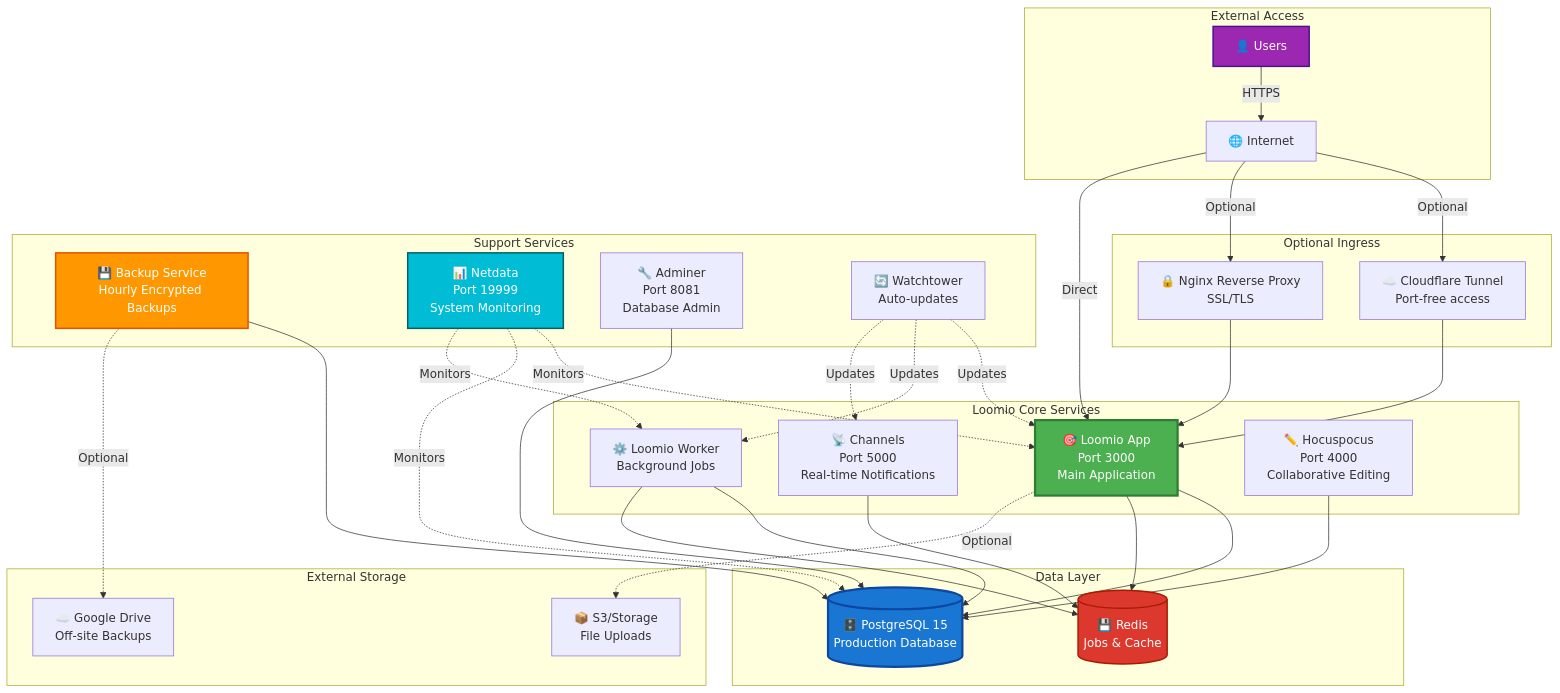
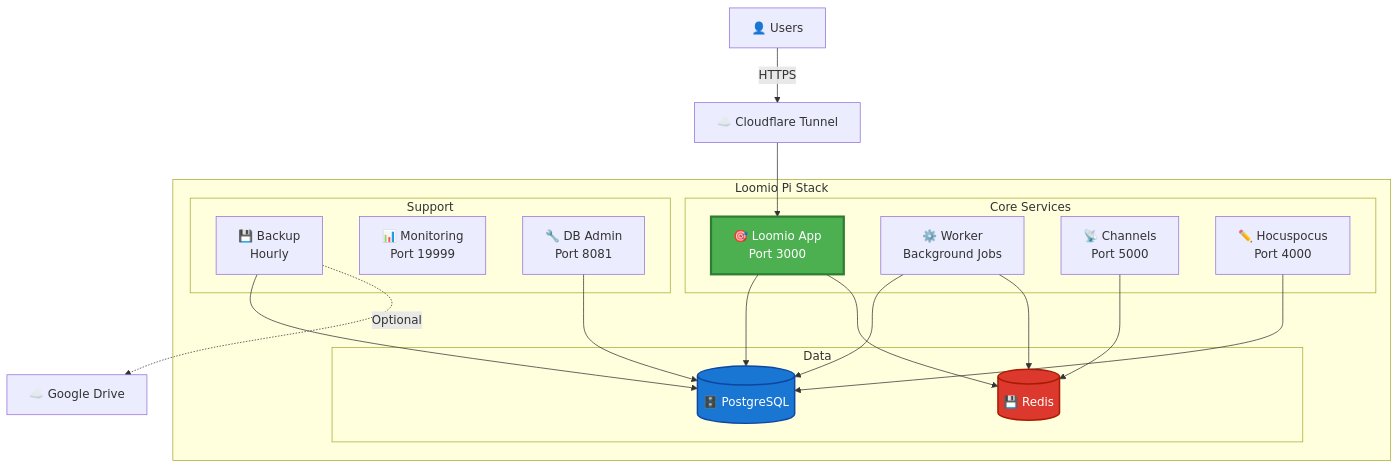
Before and after one commit to etiennechabert/loomio-pi-stack: the diagram in README.md, drawn with Mermaid. The commit also changed other lines of this file, not shown here.

Commit message:
Simplify architecture diagram to essentials
- Focus on actual deployed services only
- Cloudflare Tunnel as single ingress point
- Clean 3-section layout (Core, Data, Support)
- Remove speculative components (Nginx, S3, etc.)
- Keep only what's in docker-compose.yml

````diff
--- a/README.md
+++ b/README.md
@@ -89,72 +89,41 @@
 ```mermaid
 graph TB
-    subgraph "External Access"
-        User[👤 Users]
-        Internet[🌐 Internet]
+    Users[👤 Users] -->|HTTPS| CF[☁️ Cloudflare Tunnel]
+    CF --> App
+
+    subgraph "Loomio Pi Stack"
+        subgraph "Core Services"
+            App[🎯 Loomio App<br/>Port 3000]
+            Worker[⚙️ Worker<br/>Background Jobs]
+            Channels[📡 Channels<br/>Port 5000]
+            Hocus[✏️ Hocuspocus<br/>Port 4000]
+        end
+
+        subgraph "Data"
+            DB[(🗄️ PostgreSQL)]
+            Redis[(💾 Redis)]
+        end
+
+        subgraph "Support"
+            Backup[💾 Backup<br/>Hourly]
+            Netdata[📊 Monitoring<br/>Port 19999]
+            Adminer[🔧 DB Admin<br/>Port 8081]
+        end
     end
-
-    subgraph "Optional Ingress"
-        CF[☁️ Cloudflare Tunnel<br/>Port-free access]
-        Nginx[🔒 Nginx Reverse Proxy<br/>SSL/TLS]
-    end
-
-    subgraph "Loomio Core Services"
-        App[🎯 Loomio App<br/>Port 3000<br/>Main Application]
-        Worker[⚙️ Loomio Worker<br/>Background Jobs]
-        Channels[📡 Channels<br/>Port 5000<br/>Real-time Notifications]
-        Hocus[✏️ Hocuspocus<br/>Port 4000<br/>Collaborative Editing]
-    end
-
-    subgraph "Data Layer"
-        DB[(🗄️ PostgreSQL 15<br/>Production Database)]
-        Redis[(💾 Redis<br/>Jobs & Cache)]
-    end
-
-    subgraph "Support Services"
-        Backup[💾 Backup Service<br/>Hourly Encrypted Backups]
-        Netdata[📊 Netdata<br/>Port 19999<br/>System Monitoring]
-        Adminer[🔧 Adminer<br/>Port 8081<br/>Database Admin]
-        Watchtower[🔄 Watchtower<br/>Auto-updates]
-    end
-
-    subgraph "External Storage"
-        GDrive[☁️ Google Drive<br/>Off-site Backups]
-        S3[📦 S3/Storage<br/>File Uploads]
-    end
-
-    User -->|HTTPS| Internet
-    Internet -->|Optional| CF
-    Internet -->|Optional| Nginx
-    CF --> App
-    Nginx --> App
-    Internet -->|Direct| App
 
     App --> DB
     App --> Redis
     Worker --> DB
     Worker --> Redis
     Channels --> Redis
     Hocus --> DB
 
-    App -.->|Optional| S3
-
     Backup --> DB
-    Backup -.->|Optional| GDrive
-
-    Netdata -.->|Monitors| App
-    Netdata -.->|Monitors| DB
-    Netdata -.->|Monitors| Worker
-
-    Watchtower -.->|Updates| App
-    Watchtower -.->|Updates| Worker
-    Watchtower -.->|Updates| Channels
+    Backup -.->|Optional| GDrive[☁️ Google Drive]
 
     Adminer --> DB
 
     style App fill:#4CAF50,stroke:#2E7D32,stroke-width:3px,color:#fff
-    style DB fill:#1976D2,stroke:#0D47A1,stroke-width:3px,color:#fff
+    style DB fill:#1976D2,stroke:#0D47A1,stroke-width:2px,color:#fff
     style Redis fill:#DC382D,stroke:#A61C00,stroke-width:2px,color:#fff
-    style Backup fill:#FF9800,stroke:#E65100,stroke-width:2px,color:#fff
-    style Netdata fill:#00BCD4,stroke:#006064,stroke-width:2px,color:#fff
-    style User fill:#9C27B0,stroke:#4A148C,stroke-width:2px,color:#fff
 ```
````
